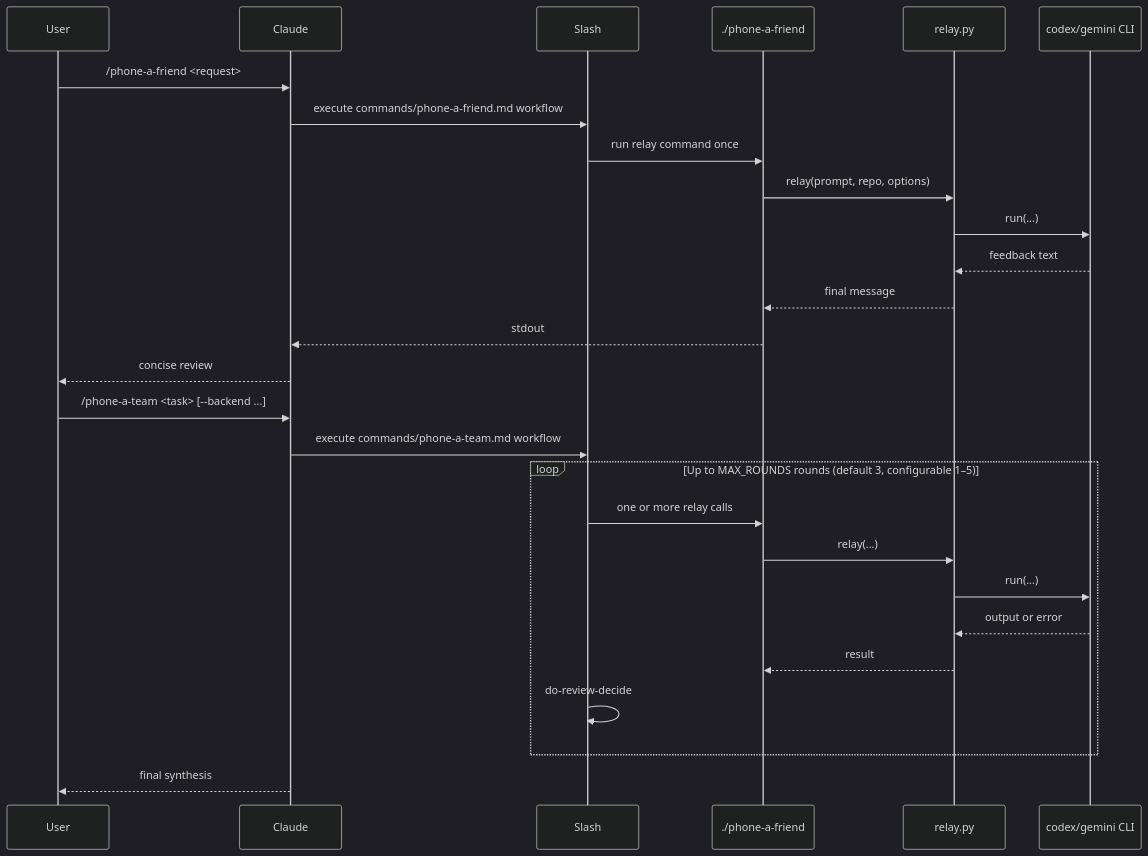
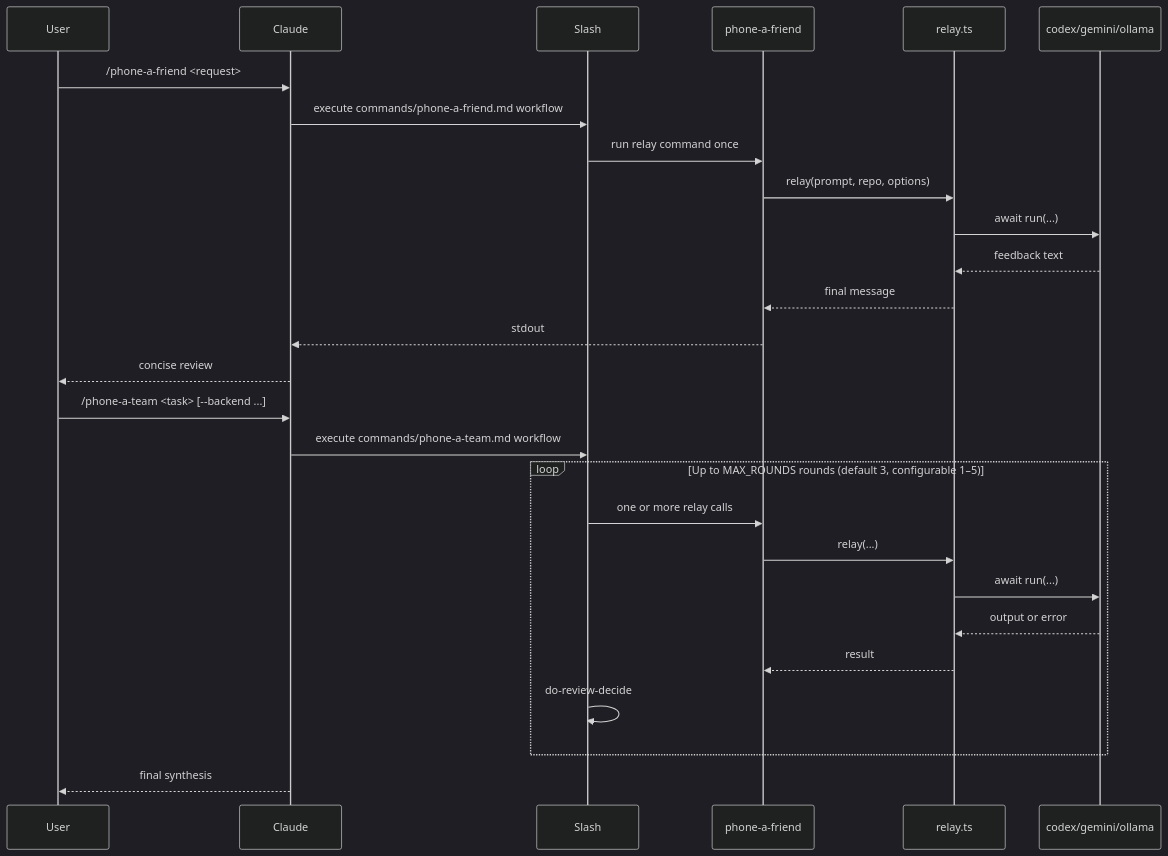
One commit to freibergergarcia/phone-a-friend changed the second of 2 diagrams in architecture/00-system-overview.md. Above: the diagram before and after it, drawn with Mermaid (dark theme). The commit also changed other lines of this file and 81 other files, not shown here.

````diff
--- a/architecture/00-system-overview.md
+++ b/architecture/00-system-overview.md
@@ -46,31 +49,31 @@
 ```mermaid
 sequenceDiagram
   participant User
   participant Claude
   participant Slash
-  participant CLI as ./phone-a-friend
-  participant Relay as relay.py
-  participant Backend as codex/gemini CLI
+  participant CLI as phone-a-friend
+  participant Relay as relay.ts
+  participant Backend as codex/gemini/ollama
 
   User->>Claude: /phone-a-friend <request>
   Claude->>Slash: execute commands/phone-a-friend.md workflow
   Slash->>CLI: run relay command once
   CLI->>Relay: relay(prompt, repo, options)
-  Relay->>Backend: run(...)
+  Relay->>Backend: await run(...)
   Backend-->>Relay: feedback text
   Relay-->>CLI: final message
   CLI-->>Claude: stdout
   Claude-->>User: concise review
 
   User->>Claude: /phone-a-team <task> [--backend ...]
   Claude->>Slash: execute commands/phone-a-team.md workflow
   loop Up to MAX_ROUNDS rounds (default 3, configurable 1–5)
     Slash->>CLI: one or more relay calls
     CLI->>Relay: relay(...)
-    Relay->>Backend: run(...)
+    Relay->>Backend: await run(...)
     Backend-->>Relay: output or error
     Relay-->>CLI: result
     Slash->>Slash: do-review-decide
   end
   Claude-->>User: final synthesis
 ```
````
